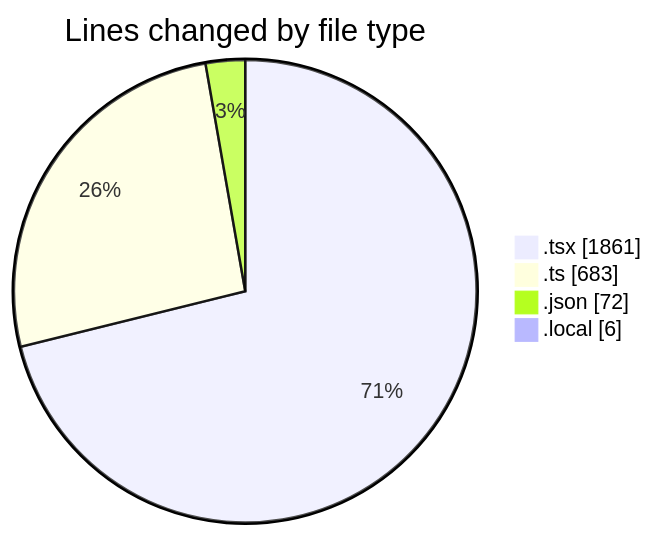
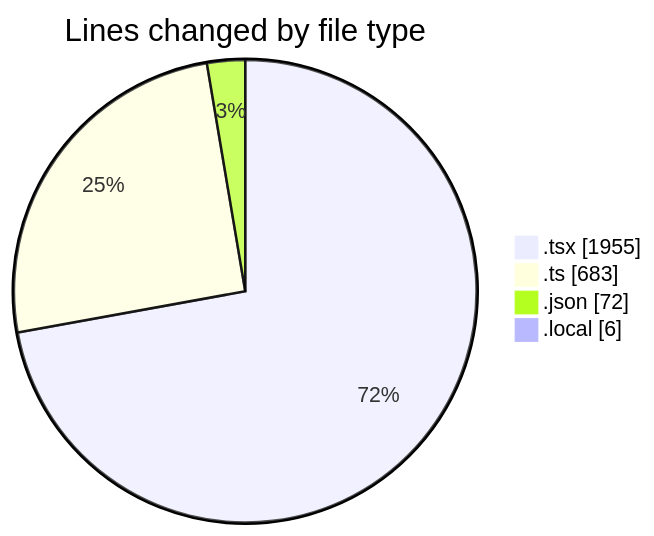
Before and after one commit to julien-gomy/code-tracking: the first of 2 diagrams in 2025-10-21/eventscop-frontend-guide__workspace_/README.md, drawn with Mermaid. The commit also changed other lines of this file and 1 other file, not shown here.

````diff
--- a/2025-10-21/eventscop-frontend-guide__workspace_/README.md
+++ b/2025-10-21/eventscop-frontend-guide__workspace_/README.md
@@ -51,8 +52,8 @@
 ```mermaid
 pie showData
 title Lines changed by file type
-".tsx" : 1861
+".tsx" : 1955
 ".ts" : 683
 ".json" : 72
 ".local" : 6
 ```
````
